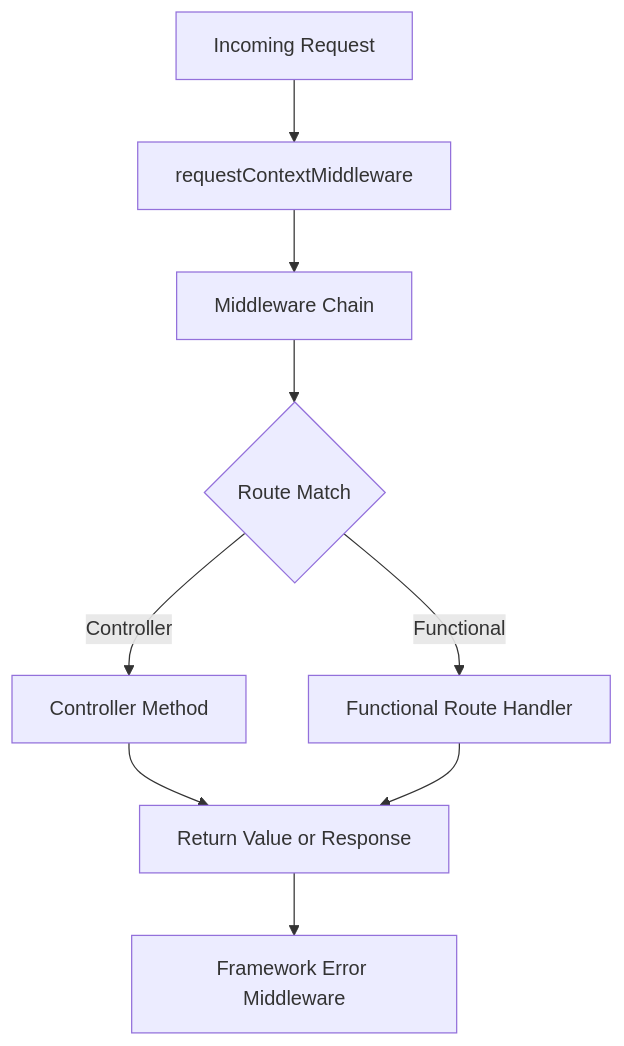
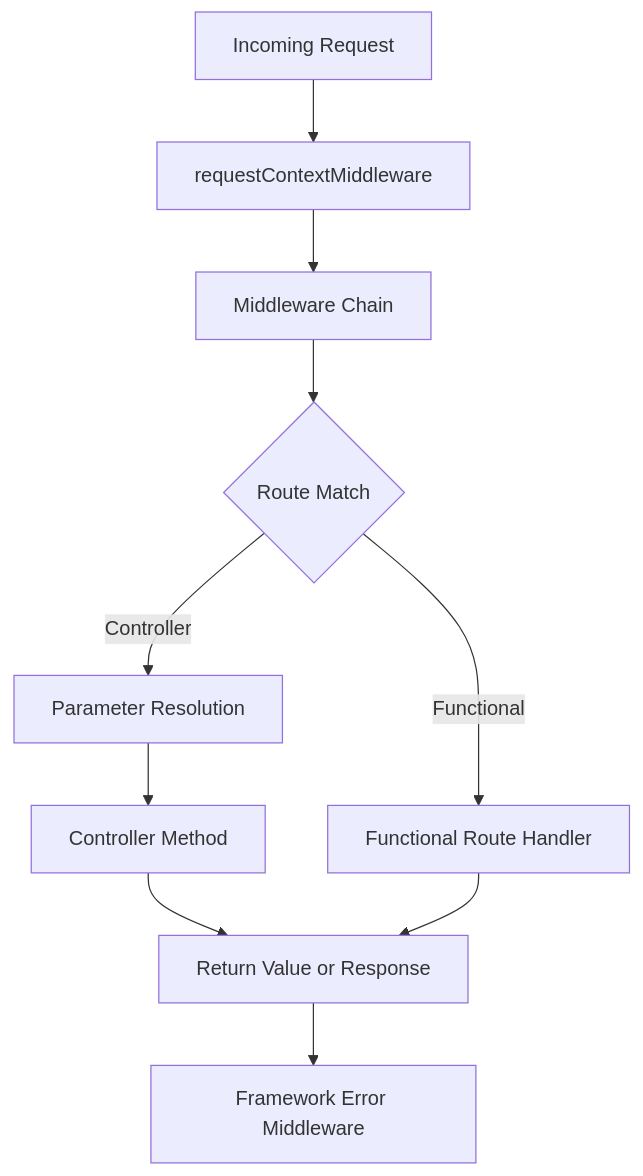
Before and after one commit to imprakhartripathi/Sculptor: the second of 3 diagrams in docs/framework-lifecycle.md, drawn with Mermaid. The commit also changed other lines of this file and 25 other files, not shown here.

````diff
--- a/docs/framework-lifecycle.md
+++ b/docs/framework-lifecycle.md
@@ -36,11 +36,12 @@
 ```mermaid
 flowchart TD
     A[Incoming Request] --> B[requestContextMiddleware]
     B --> C[Middleware Chain]
     C --> D{Route Match}
-    D -->|Controller| E[Controller Method]
+    D -->|Controller| E[Parameter Resolution]
+    E --> I[Controller Method]
     D -->|Functional| F[Functional Route Handler]
-    E --> G[Return Value or Response]
+    I --> G[Return Value or Response]
     F --> G
     G --> H[Framework Error Middleware]
 ```
````
